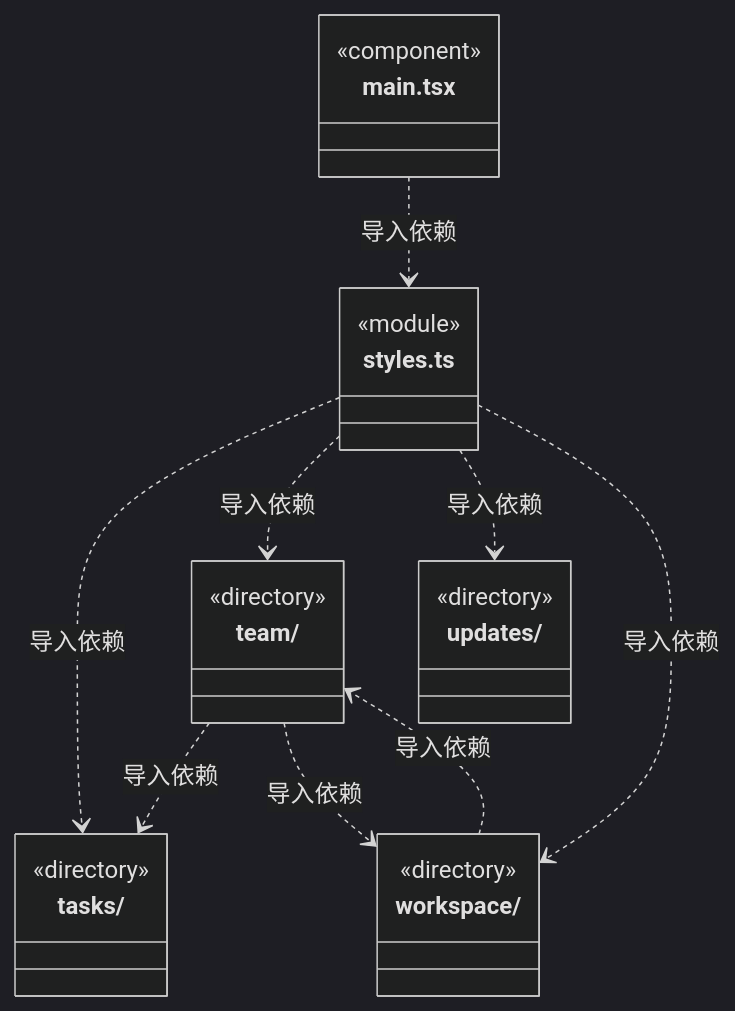
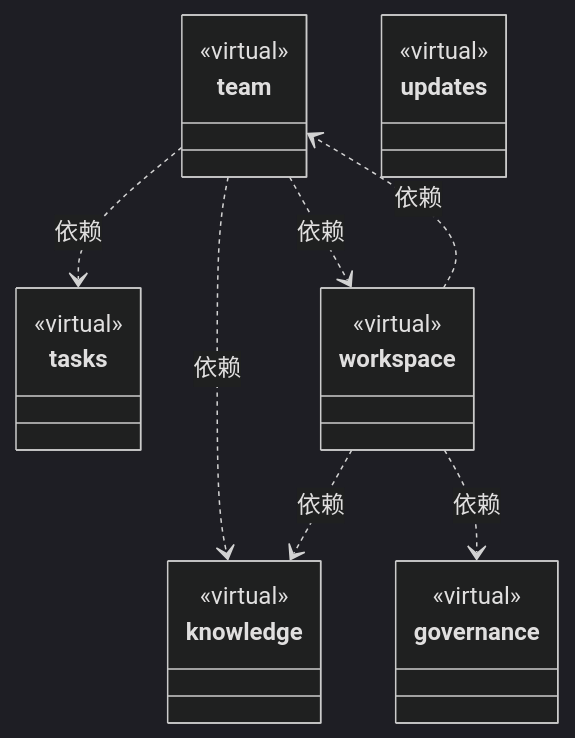
One commit to nan023062/cbim changed the third of 3 diagrams in src/view/ARCHITECTURE.md. Above: the diagram before and after it, drawn with Mermaid (dark theme). The commit also changed other lines of this file and 158 other files, not shown here.

Commit message:
docs: model architecture through nested virtual encapsulations

````diff
--- a/src/view/ARCHITECTURE.md
+++ b/src/view/ARCHITECTURE.md
@@ -107,29 +100,33 @@
 ```mermaid
 classDiagram
-class N_src_view_tasks["tasks/"] {
-  <<directory>>
+class N_b4bca081d9e8["team"] {
+  <<virtual>>
 }
-class N_src_view_team["team/"] {
-  <<directory>>
+click N_b4bca081d9e8 href "team/ARCHITECTURE.md"
+class N_255c95c2472b["knowledge"] {
+  <<virtual>>
 }
-class N_src_view_updates["updates/"] {
-  <<directory>>
+click N_255c95c2472b href "knowledge/ARCHITECTURE.md"
+class N_6dae1d13a006["tasks"] {
+  <<virtual>>
 }
-class N_src_view_workspace["workspace/"] {
-  <<directory>>
+click N_6dae1d13a006 href "tasks/ARCHITECTURE.md"
+class N_428b95e57a7b["workspace"] {
+  <<virtual>>
 }
-class N_src_view_main_tsx["main.tsx"] {
-  <<component>>
+click N_428b95e57a7b href "workspace/ARCHITECTURE.md"
+class N_db948e0a2868["governance"] {
+  <<virtual>>
 }
-class N_src_view_styles_ts["styles.ts"] {
-  <<module>>
+click N_db948e0a2868 href "governance/ARCHITECTURE.md"
+class N_9ca313111d00["updates"] {
+  <<virtual>>
 }
-N_src_view_main_tsx ..> N_src_view_styles_ts : 导入依赖
-N_src_view_styles_ts ..> N_src_view_tasks : 导入依赖
-N_src_view_styles_ts ..> N_src_view_team : 导入依赖
-N_src_view_styles_ts ..> N_src_view_updates : 导入依赖
-N_src_view_styles_ts ..> N_src_view_workspace : 导入依赖
-N_src_view_team ..> N_src_view_tasks : 导入依赖
-N_src_view_team ..> N_src_view_workspace : 导入依赖
-N_src_view_workspace ..> N_src_view_team : 导入依赖
+click N_9ca313111d00 href "updates/ARCHITECTURE.md"
+N_b4bca081d9e8 ..> N_255c95c2472b : 依赖
+N_b4bca081d9e8 ..> N_6dae1d13a006 : 依赖
+N_b4bca081d9e8 ..> N_428b95e57a7b : 依赖
+N_428b95e57a7b ..> N_db948e0a2868 : 依赖
+N_428b95e57a7b ..> N_255c95c2472b : 依赖
+N_428b95e57a7b ..> N_b4bca081d9e8 : 依赖
 ```
````
